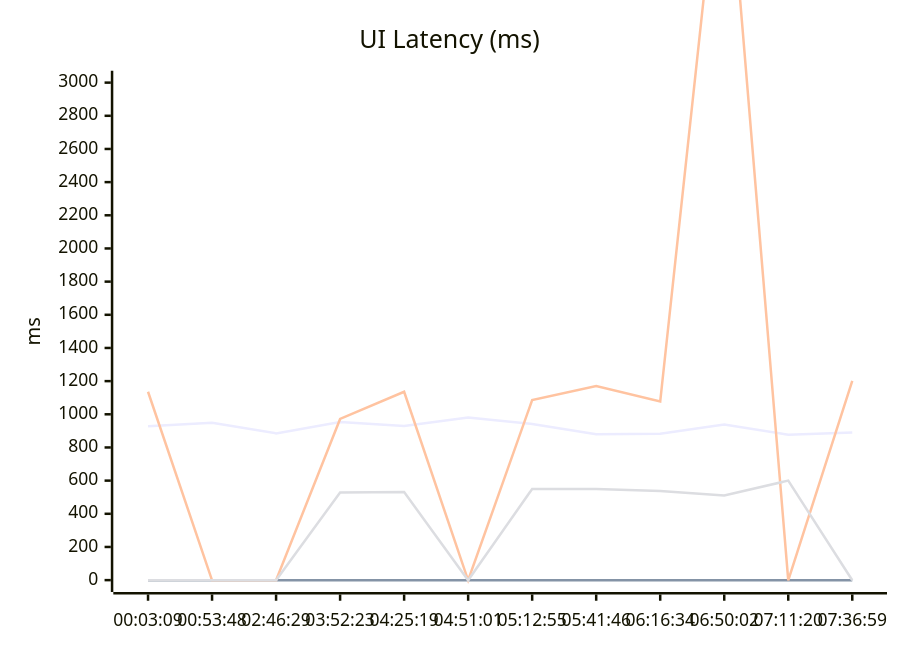
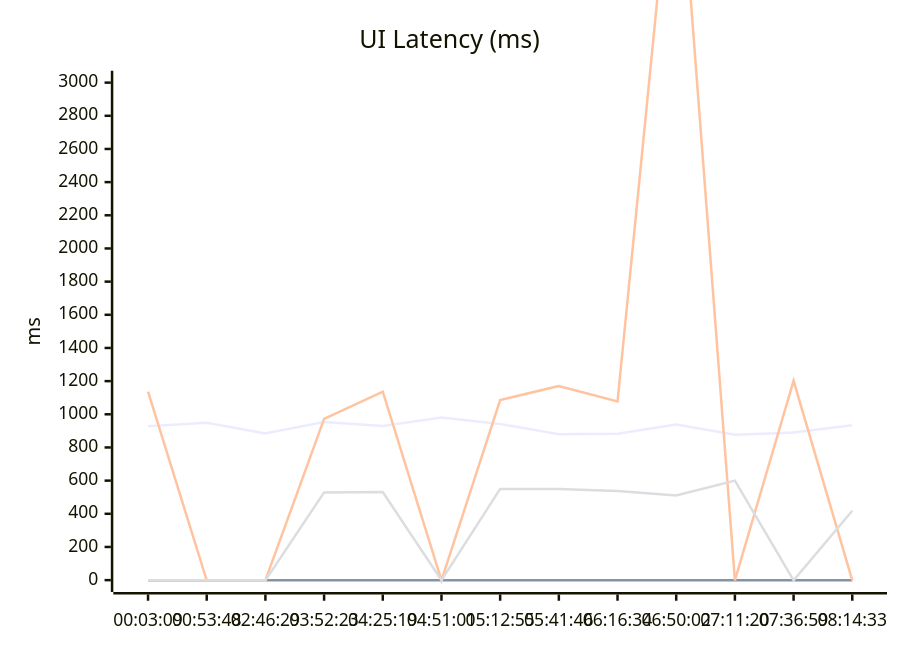
The diagram in README.md (greenwave1987/clash_test), drawn with Mermaid before and after one commit. The commit also changed other lines of this file and 1 other file, not shown here.

Commit message:
chore: update UI latency history

````diff
--- a/README.md
+++ b/README.md
@@ -16,10 +16,10 @@
 ```mermaid
 xychart-beta
   title "UI Latency (ms)"
-  x-axis ["00:03:09", "00:53:48", "02:46:29", "03:52:23", "04:25:19", "04:51:01", "05:12:55", "05:41:46", "06:16:34", "06:50:02", "07:11:20", "07:36:59"]
+  x-axis ["00:03:09", "00:53:48", "02:46:29", "03:52:23", "04:25:19", "04:51:01", "05:12:55", "05:41:46", "06:16:34", "06:50:02", "07:11:20", "07:36:59", "08:14:33"]
   y-axis "ms" 0 --> 3000
-  line "http://jz.***.uy" [928, 949, 885, 953, 930, 981, 942, 880, 883, 939, 877, 890]
-  line "http://jz.***.io" [-1, -1, -1, -1, -1, -1, -1, -1, -1, -1, -1, -1]
-  line "http://greenwave1987.***.in" [1136, -1, -1, 972, 1136, -1, 1086, 1171, 1077, 4657, -1, 1202]
-  line "http://jz.***.xyz" [-1, -1, -1, 529, 531, -1, 550, 549, 537, 510, 600, -1]
+  line "http://jz.***.uy" [928, 949, 885, 953, 930, 981, 942, 880, 883, 939, 877, 890, 934]
+  line "http://jz.***.io" [-1, -1, -1, -1, -1, -1, -1, -1, -1, -1, -1, -1, -1]
+  line "http://greenwave1987.***.in" [1136, -1, -1, 972, 1136, -1, 1086, 1171, 1077, 4657, -1, 1202, -1]
+  line "http://jz.***.xyz" [-1, -1, -1, 529, 531, -1, 550, 549, 537, 510, 600, -1, 418]
 ```
````
